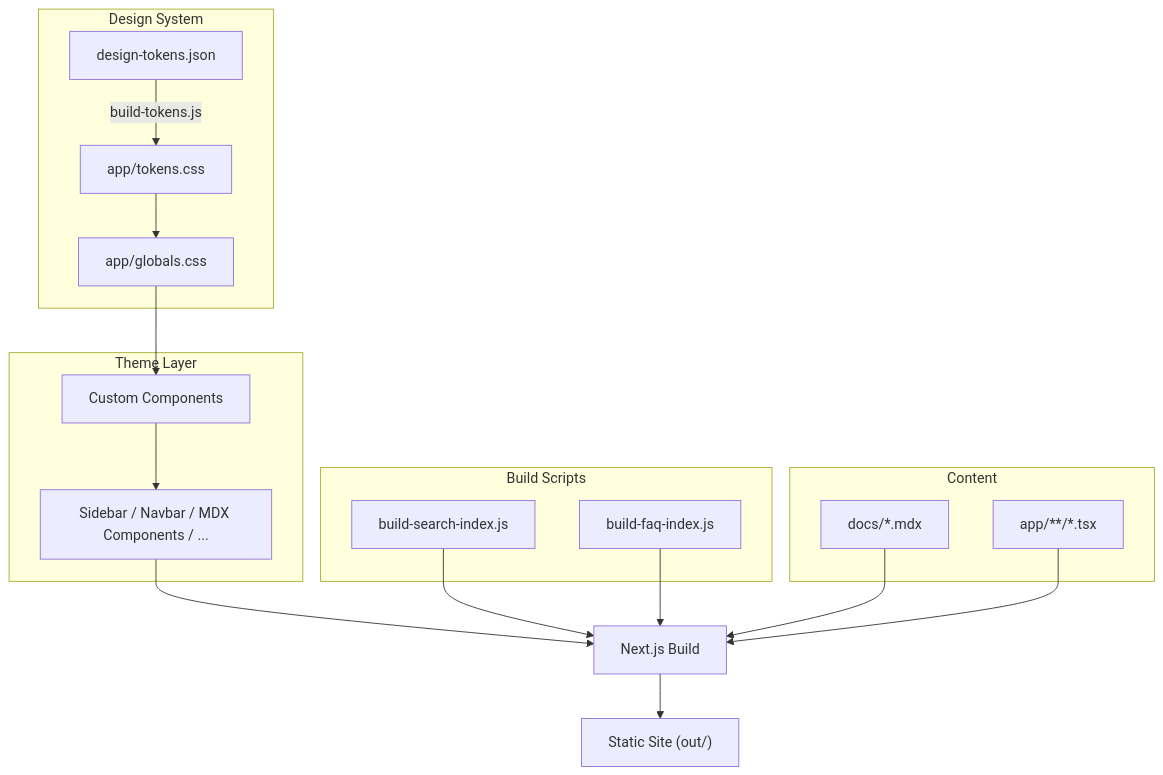
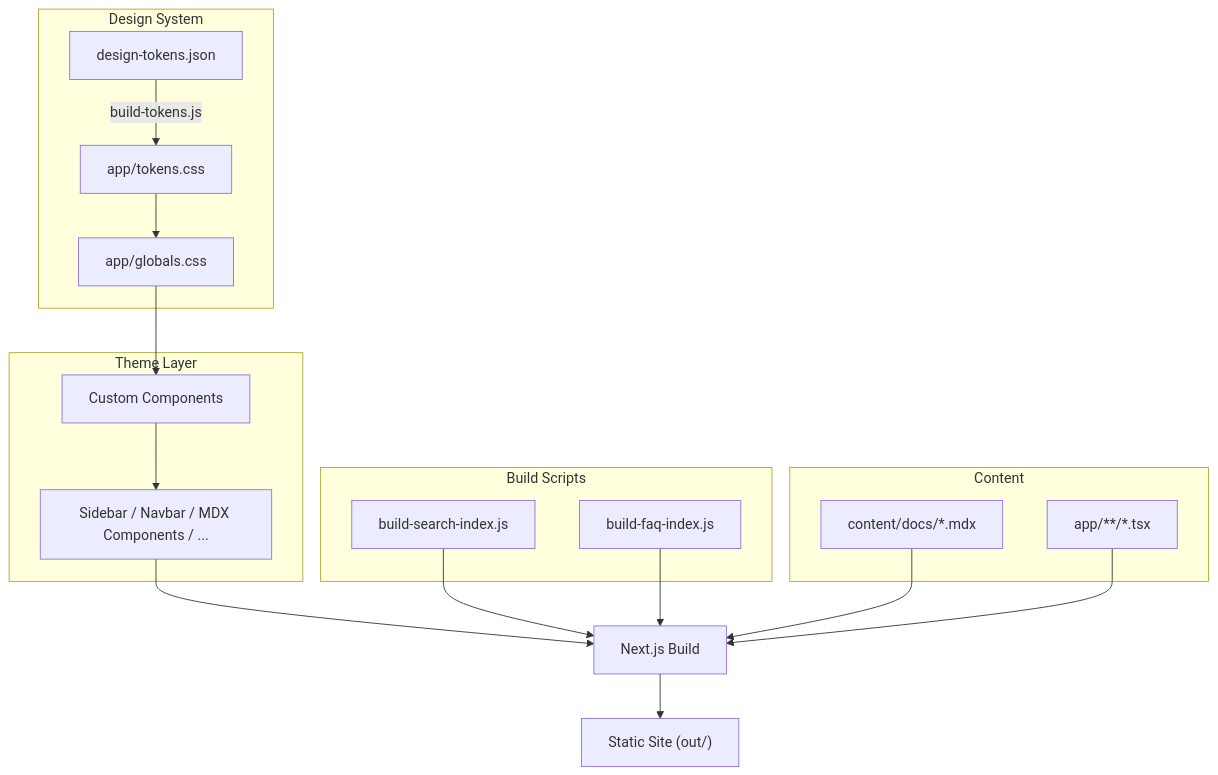
One commit to pixlngrid/trellis-docs changed the diagram in content/docs/overview/architecture.mdx. Above: the diagram before and after it, drawn with Mermaid. The commit also changed other lines of this file and 27 other files, not shown here.

````diff
--- a/content/docs/overview/architecture.mdx
+++ b/content/docs/overview/architecture.mdx
@@ -14,29 +14,29 @@
 ```mermaid
 graph TB
     subgraph "Design System"
         A[design-tokens.json] -->|build-tokens.js| B[app/tokens.css]
         B --> C[app/globals.css]
     end
 
     subgraph "Theme Layer"
         C --> D[Custom Components]
         D --> E[Sidebar / Navbar / MDX Components / ...]
     end
 
     subgraph "Build Scripts"
         F[build-search-index.js]
         G[build-faq-index.js]
     end
 
     subgraph "Content"
-        K[docs/*.mdx]
+        K[content/docs/*.mdx]
         L[app/**/*.tsx]
     end
 
     E --> N[Next.js Build]
     F --> N
     G --> N
     K --> N
     L --> N
     N --> O[Static Site &#40out/&#41]
 ```
````
